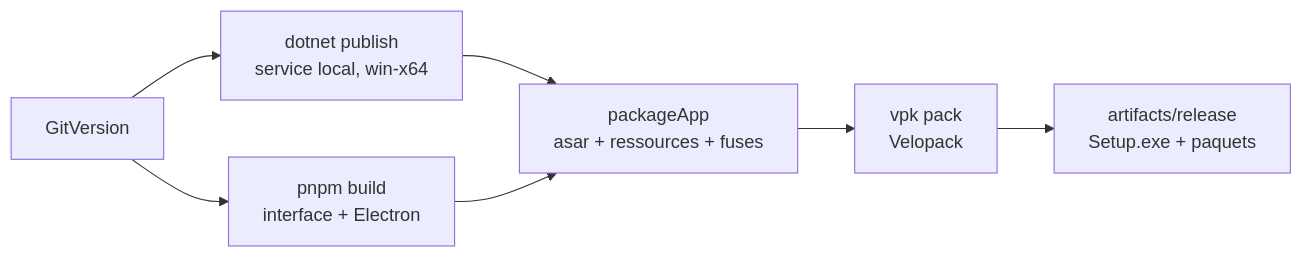
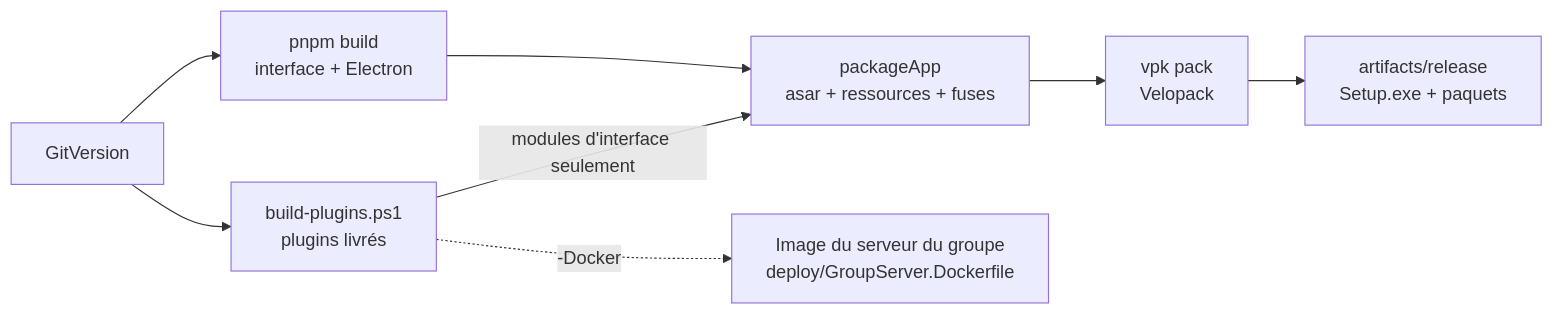
The fourth of 7 diagrams in docs/schemas/technique.md (Nidk-Akanea/Voyager), drawn with Mermaid before and after one commit. The commit also changed other lines of this file and 156 other files, not shown here.

First line of the commit message:
refactor: remove the local service and the plugin management on the desktop (#43)

````diff
--- a/docs/schemas/technique.md
+++ b/docs/schemas/technique.md
@@ -216,9 +172,10 @@
 ```mermaid
 flowchart LR
-    G[GitVersion] --> P[dotnet publish<br/>service local, win-x64]
-    G --> B[pnpm build<br/>interface + Electron]
-    P --> A[packageApp<br/>asar + ressources + fuses]
-    B --> A
+    G[GitVersion] --> B[pnpm build<br/>interface + Electron]
+    G --> PL[build-plugins.ps1<br/>plugins livrés]
+    B --> A[packageApp<br/>asar + ressources + fuses]
+    PL -->|"modules d'interface seulement"| A
     A --> V[vpk pack<br/>Velopack]
     V --> R[artifacts/release<br/>Setup.exe + paquets]
+    PL -.->|"-Docker"| D[Image du serveur du groupe<br/>deploy/GroupServer.Dockerfile]
 ```
````
